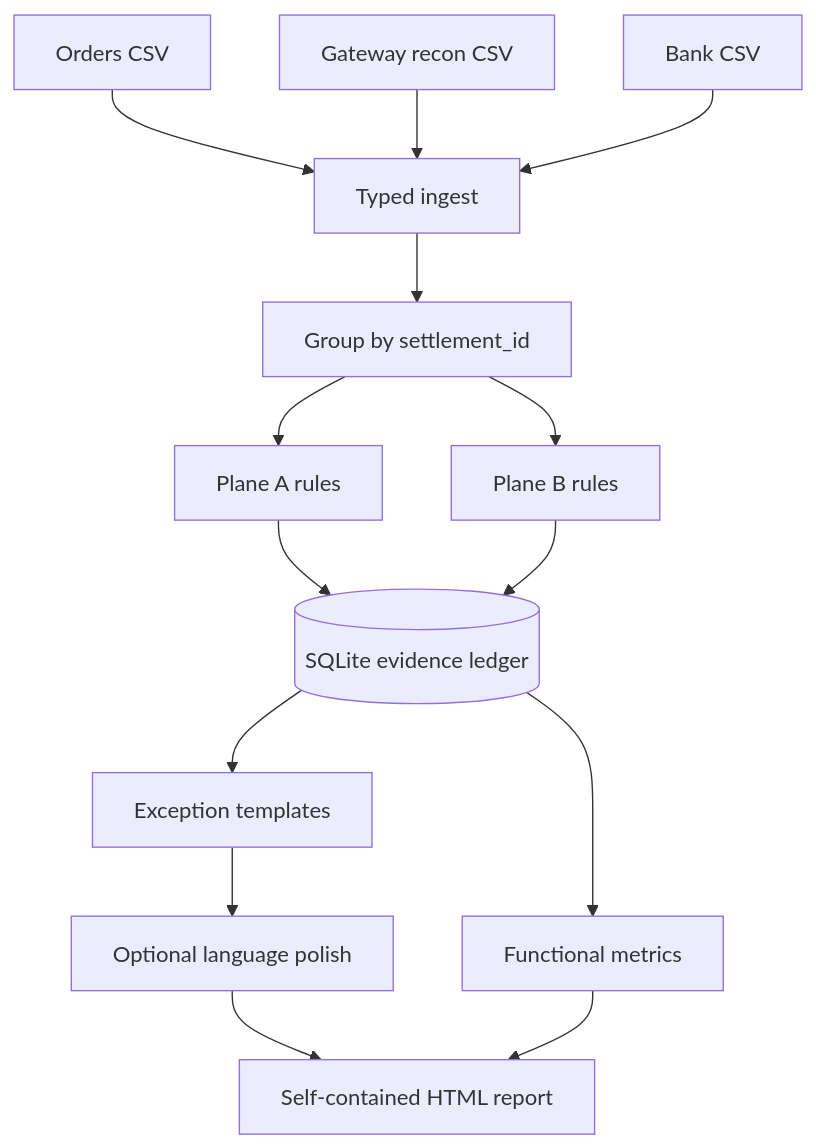
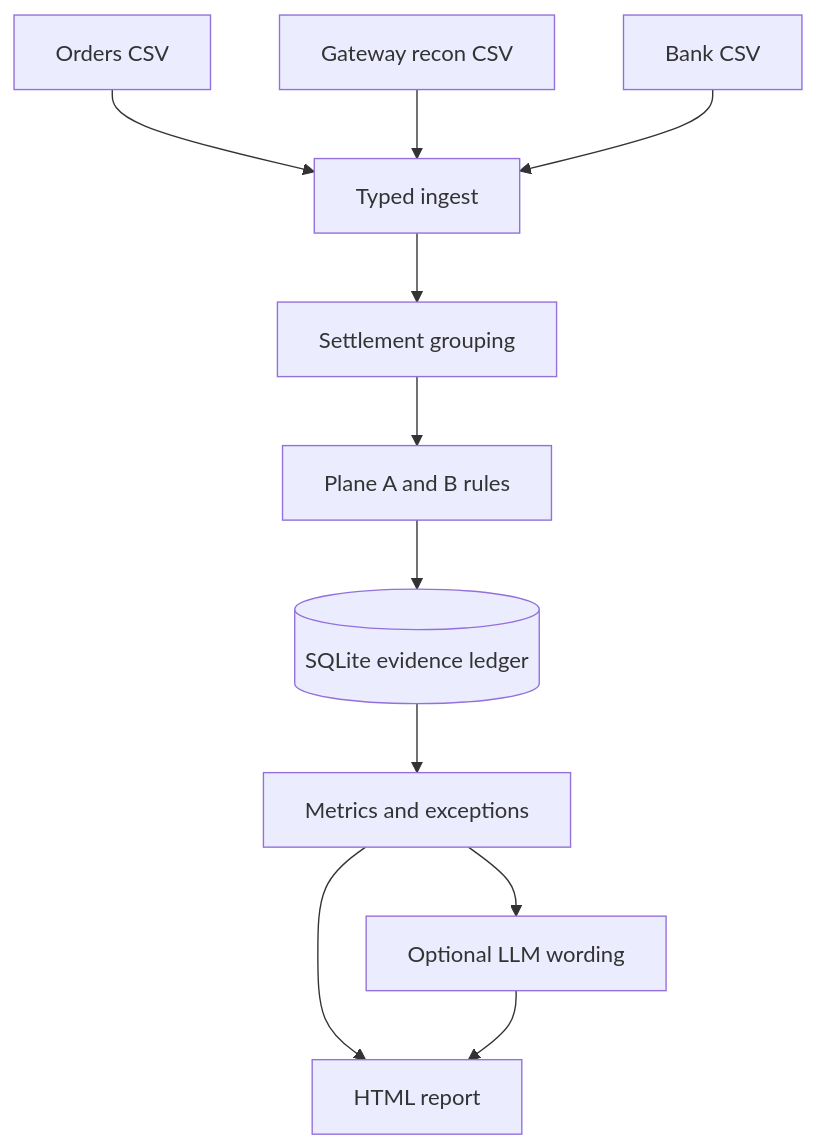
One commit to saitejacodes/milaaan changed the diagram in README.md. Above: the diagram before and after it, drawn with Mermaid. The commit also changed other lines of this file and 12 other files, not shown here.

````diff
--- a/README.md
+++ b/README.md
@@ -31,16 +35,13 @@
 ```mermaid
 flowchart TD
   A[Orders CSV] --> D[Typed ingest]
   B[Gateway recon CSV] --> D
   C[Bank CSV] --> D
-  D --> E[Group by settlement_id]
-  E --> F[Plane A rules]
-  E --> G[Plane B rules]
-  F --> H[(SQLite evidence ledger)]
-  G --> H
-  H --> I[Exception templates]
-  I --> J[Optional language polish]
-  H --> K[Functional metrics]
-  J --> L[Self-contained HTML report]
-  K --> L
+  D --> E[Settlement grouping]
+  E --> F[Plane A and B rules]
+  F --> G[(SQLite evidence ledger)]
+  G --> H[Metrics and exceptions]
+  H --> I[Optional LLM wording]
+  H --> J[HTML report]
+  I --> J
 ```
````
